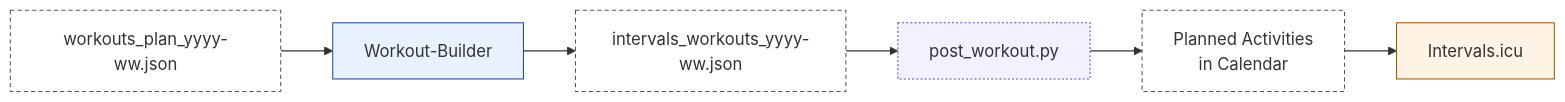
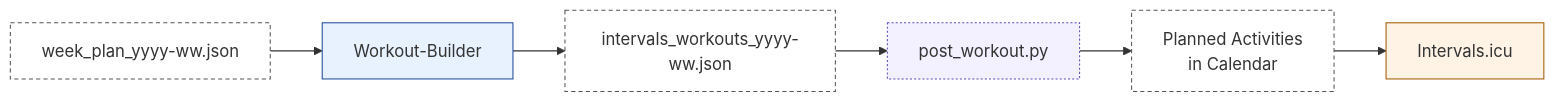
One commit to albauer-priv/RPS changed the sixth of 8 diagrams in doc/artefact_flow_overview_and_detail.md. Above: the diagram before and after it, drawn with Mermaid. The commit also changed other lines of this file and 94 other files, not shown here.

````diff
--- a/doc/artefact_flow_overview_and_detail.md
+++ b/doc/artefact_flow_overview_and_detail.md
@@ -290,11 +290,11 @@
 ```mermaid
 flowchart LR
-  WP[workouts_plan_yyyy-ww.json]:::artefact --> WB[Workout-Builder]:::agent
+  WP[week_plan_yyyy-ww.json]:::artefact --> WB[Workout-Builder]:::agent
   WB --> WJ[intervals_workouts_yyyy-ww.json]:::artefact --> POST[post_workout.py]:::script
   POST --> CAL[Planned Activities<br/>in Calendar]:::artefact --> I[Intervals.icu]:::external
 
   classDef agent fill:#e8f2ff,stroke:#1f4b99,stroke-width:1px;
   classDef external fill:#fff3e6,stroke:#a35b00,stroke-width:1px;
   classDef artefact fill:#ffffff,stroke:#555,stroke-dasharray: 4 3,stroke-width:1px;
   classDef script fill:#f3f0ff,stroke:#5b4db8,stroke-width:1px,stroke-dasharray: 2 2;
 ```
````
